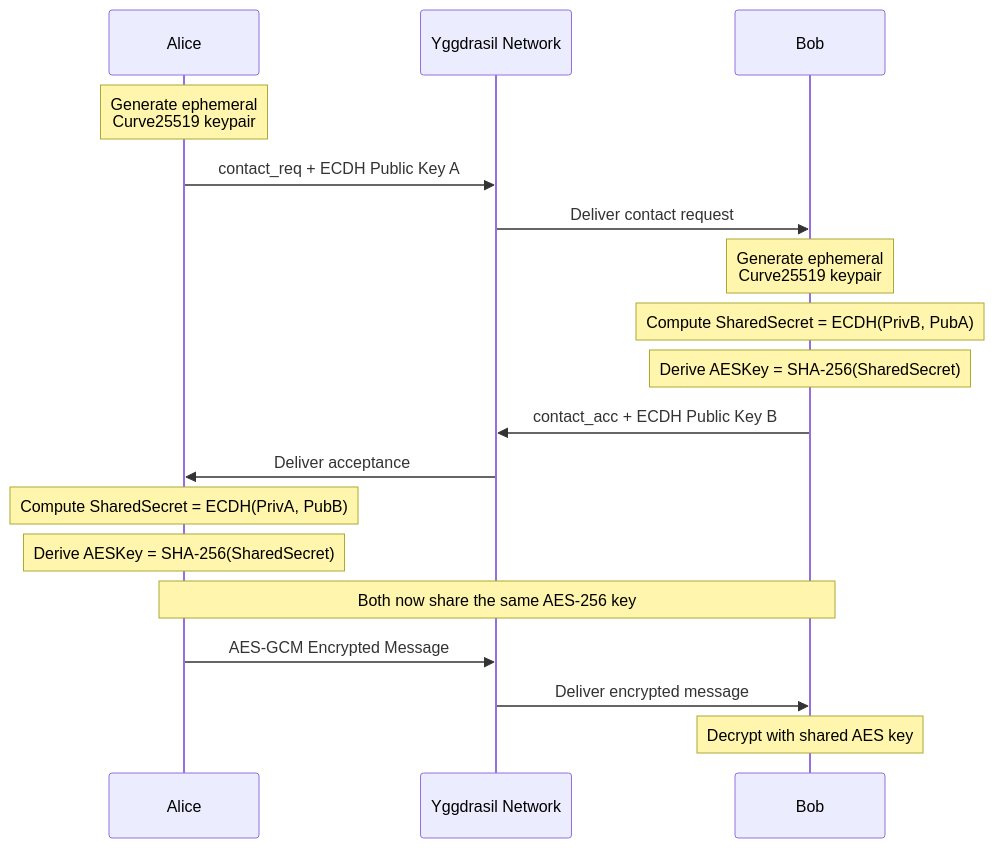
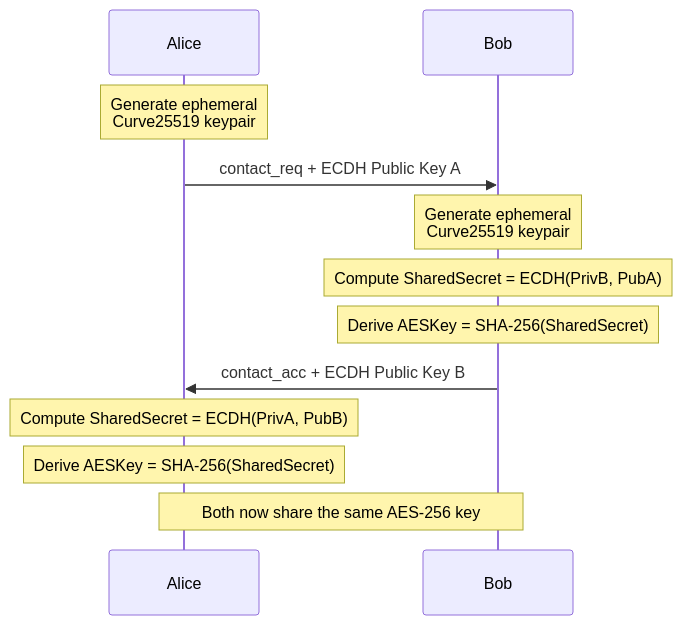
One commit to amafjarkasi/yggchat changed the seventh of 9 diagrams in README.md. Above: the diagram before and after it, drawn with Mermaid. The commit also changed other lines of this file, not shown here.

````diff
--- a/README.md
+++ b/README.md
@@ -795,27 +800,20 @@
 ```mermaid
 sequenceDiagram
     participant Alice
-    participant Network as Yggdrasil Network
     participant Bob
     
     Note over Alice: Generate ephemeral<br/>Curve25519 keypair
     
-    Alice->>Network: contact_req + ECDH Public Key A
-    Network->>Bob: Deliver contact request
+    Alice->>Bob: contact_req + ECDH Public Key A
     
     Note over Bob: Generate ephemeral<br/>Curve25519 keypair
     Note over Bob: Compute SharedSecret = ECDH(PrivB, PubA)
     Note over Bob: Derive AESKey = SHA-256(SharedSecret)
     
-    Bob->>Network: contact_acc + ECDH Public Key B
-    Network->>Alice: Deliver acceptance
+    Bob->>Alice: contact_acc + ECDH Public Key B
     
     Note over Alice: Compute SharedSecret = ECDH(PrivA, PubB)
     Note over Alice: Derive AESKey = SHA-256(SharedSecret)
     
     Note over Alice,Bob: Both now share the same AES-256 key
-    
-    Alice->>Network: AES-GCM Encrypted Message
-    Network->>Bob: Deliver encrypted message
-    Note over Bob: Decrypt with shared AES key
 ```
````
